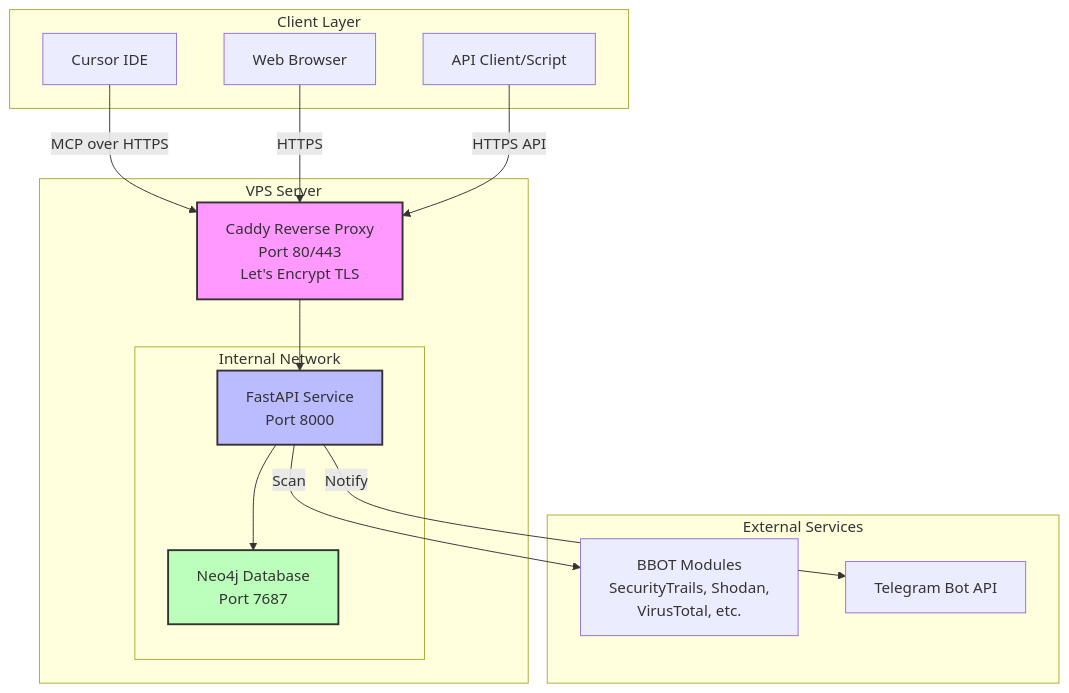
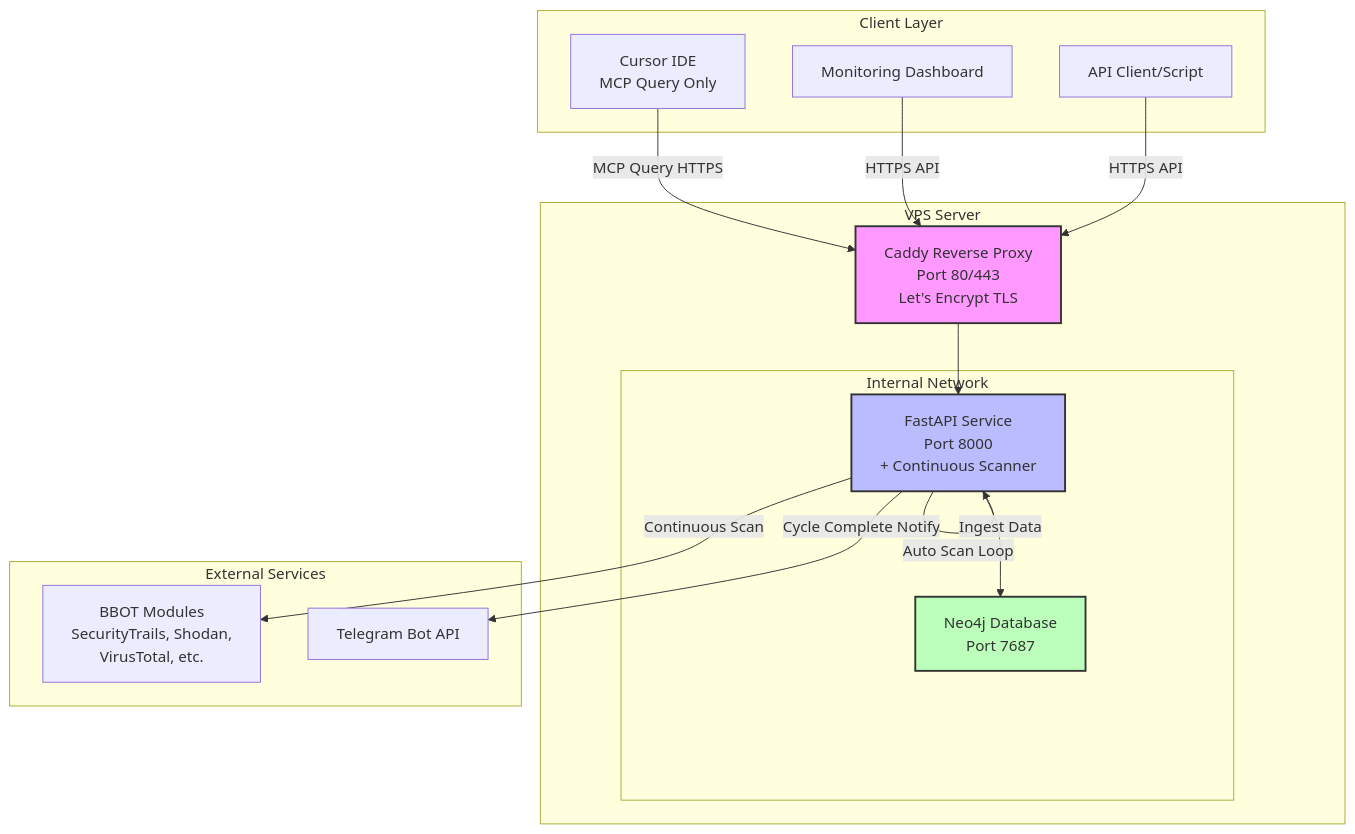
Before and after one commit to dn9uy3n/bbot-osint-mcp: the first of 3 diagrams in README.md, drawn with Mermaid. The commit also changed other lines of this file and 9 other files, not shown here.

First line of the commit message:
v2.0.0: Continuous monitoring mode with automatic scanning

````diff
--- a/README.md
+++ b/README.md
@@ -31,36 +36,37 @@
 ```mermaid
 graph TB
     subgraph "Client Layer"
-        A[Cursor IDE]
-        B[Web Browser]
+        A[Cursor IDE<br/>MCP Query Only]
+        B[Monitoring Dashboard]
         C[API Client/Script]
     end
     
     subgraph "VPS Server"
         D[Caddy Reverse Proxy<br/>Port 80/443<br/>Let's Encrypt TLS]
         
         subgraph "Internal Network"
-            E[FastAPI Service<br/>Port 8000]
+            E[FastAPI Service<br/>Port 8000<br/>+ Continuous Scanner]
             F[Neo4j Database<br/>Port 7687]
             
-            E --> F
+            E -->|Ingest Data| F
+            E -->|Auto Scan Loop| E
         end
         
         D --> E
     end
     
     subgraph "External Services"
         G[BBOT Modules<br/>SecurityTrails, Shodan,<br/>VirusTotal, etc.]
         H[Telegram Bot API]
     end
     
-    A -->|MCP over HTTPS| D
-    B -->|HTTPS| D
+    A -->|MCP Query HTTPS| D
+    B -->|HTTPS API| D
     C -->|HTTPS API| D
-    E -->|Scan| G
-    E -->|Notify| H
+    E -->|Continuous Scan| G
+    E -->|Cycle Complete Notify| H
     
     style D fill:#f9f,stroke:#333,stroke-width:2px
     style E fill:#bbf,stroke:#333,stroke-width:2px
     style F fill:#bfb,stroke:#333,stroke-width:2px
 ```
````
